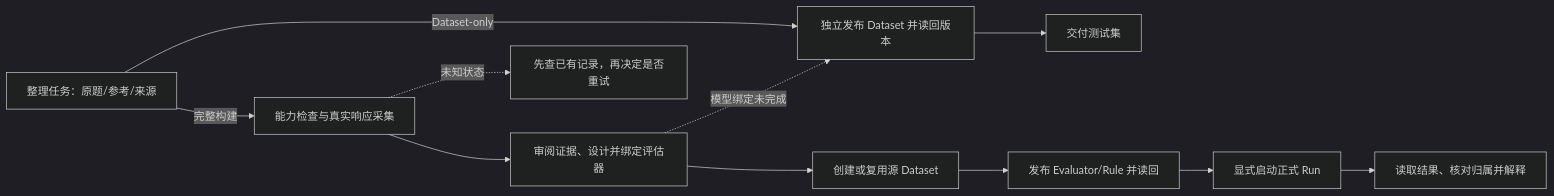
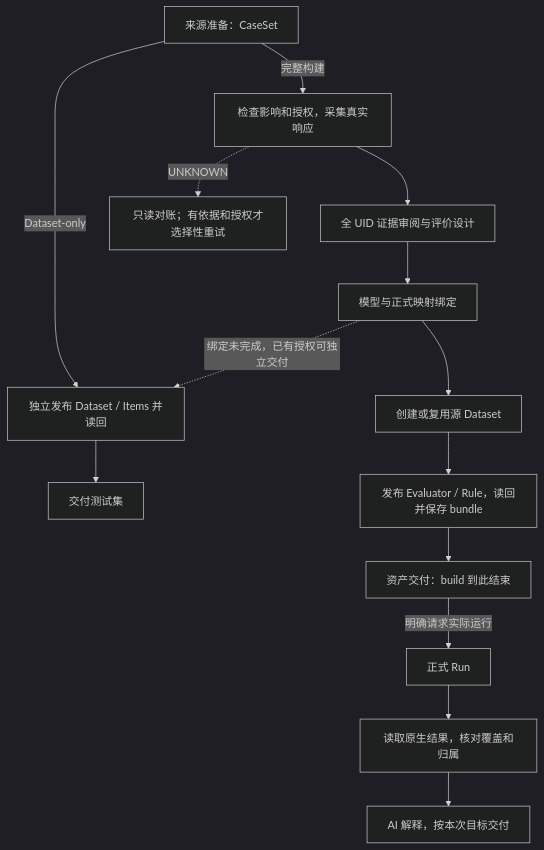
Before and after one commit to 99Like-wjj/agent-evaluation-with-langfuse: the diagram in diagrams/02-evaluation-workflow.mmd, drawn with Mermaid (dark theme). The commit also changed 35 other files, not shown here.

```diff
--- a/diagrams/02-evaluation-workflow.mmd
+++ b/diagrams/02-evaluation-workflow.mmd
@@ -1,11 +1,14 @@
-flowchart LR
-  A[整理任务：原题/参考/来源] -->|Dataset-only| B[独立发布 Dataset 并读回版本]
+flowchart TB
+  A[来源准备：CaseSet] -->|Dataset-only| B[独立发布 Dataset / Items 并读回]
   B --> X[交付测试集]
-  A -->|完整构建| C[能力检查与真实响应采集]
-  C --> D[审阅证据、设计并绑定评估器]
-  D --> E[创建或复用源 Dataset]
-  E --> F[发布 Evaluator/Rule 并读回]
-  F --> G[显式启动正式 Run]
-  G --> H[读取结果、核对归属并解释]
-  D -. 模型绑定未完成 .-> B
-  C -. 未知状态 .-> R[先查已有记录，再决定是否重试]
+  A -->|完整构建| C[检查影响和授权，采集真实响应]
+  C --> D[全 UID 证据审阅与评价设计]
+  D --> E[模型与正式映射绑定]
+  E --> F[创建或复用源 Dataset]
+  F --> G[发布 Evaluator / Rule，读回并保存 bundle]
+  G --> H[资产交付：build 到此结束]
+  H -->|明确请求实际运行| I[正式 Run]
+  I --> J[读取原生结果，核对覆盖和归属]
+  J --> K[AI 解释，按本次目标交付]
+  E -. 绑定未完成，已有授权可独立交付 .-> B
+  C -. UNKNOWN .-> R[只读对账；有依据和授权才选择性重试]
```
